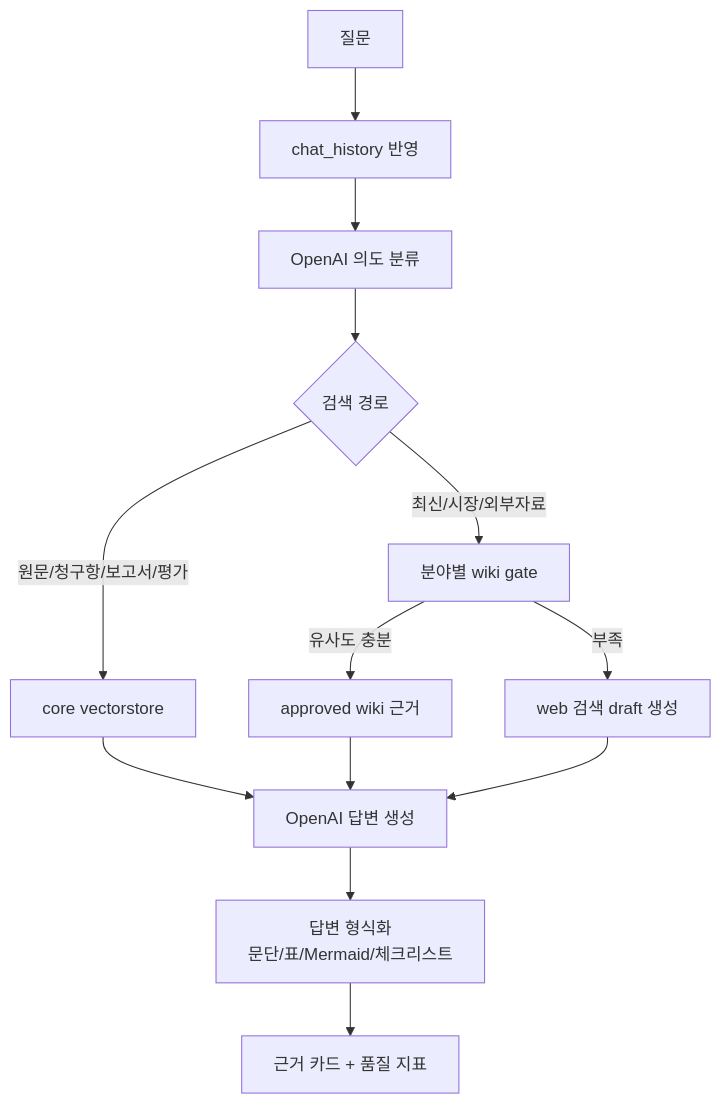
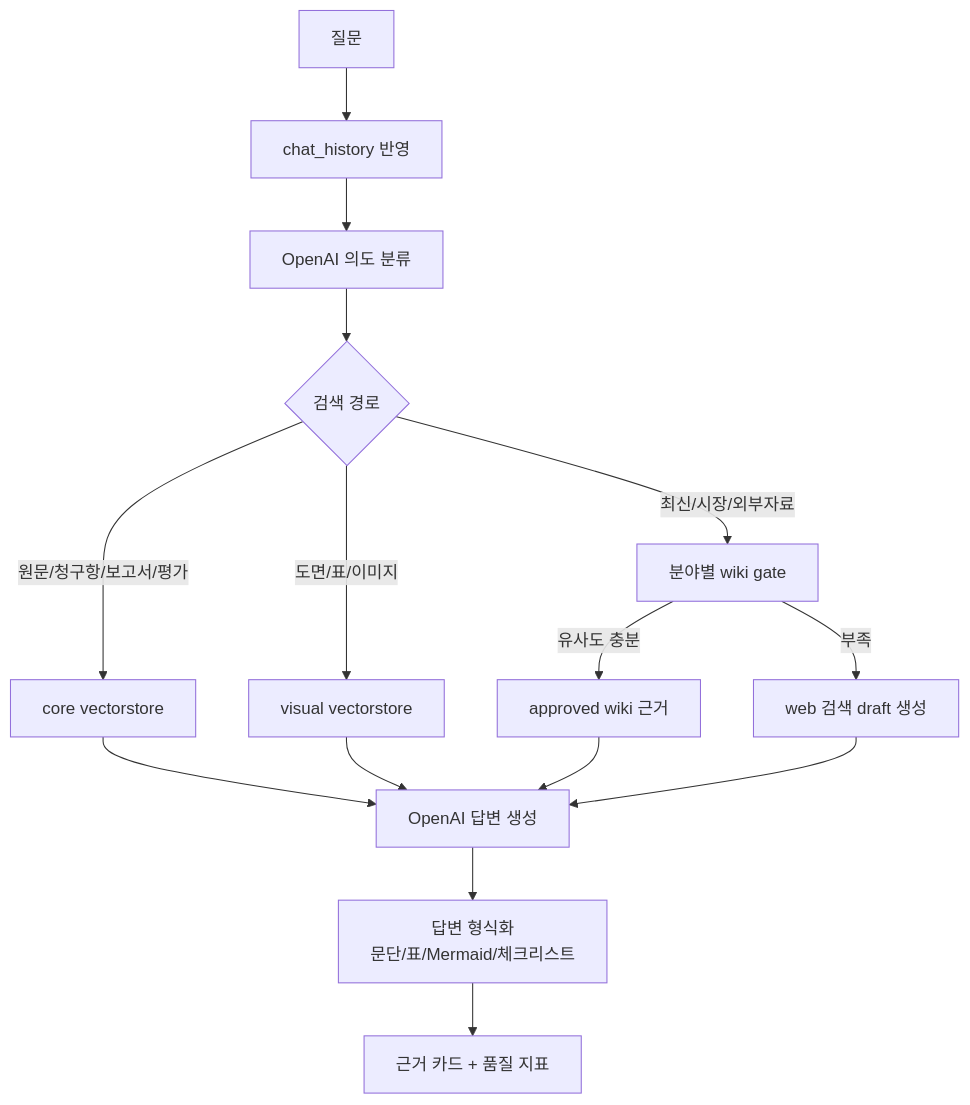
Before and after one commit to skipers/skipa-ai-server: the first of 2 diagrams in chatbot/README.md, drawn with Mermaid. The commit also changed other lines of this file and 18 other files, not shown here.

````diff
--- a/chatbot/README.md
+++ b/chatbot/README.md
@@ -205,15 +217,17 @@
 ```mermaid
 flowchart TD
   Q[질문] --> H[chat_history 반영]
   H --> I[OpenAI 의도 분류]
   I --> R{검색 경로}
   R -->|원문/청구항/보고서/평가| CORE[core vectorstore]
+  R -->|도면/표/이미지| VISUAL[visual vectorstore]
   R -->|최신/시장/외부자료| WIKI[분야별 wiki gate]
   WIKI -->|유사도 충분| WC[approved wiki 근거]
   WIKI -->|부족| WEB[web 검색 draft 생성]
   CORE --> A[OpenAI 답변 생성]
+  VISUAL --> A
   WC --> A
   WEB --> A
   A --> F[답변 형식화<br/>문단/표/Mermaid/체크리스트]
   F --> E[근거 카드 + 품질 지표]
 ```
````
